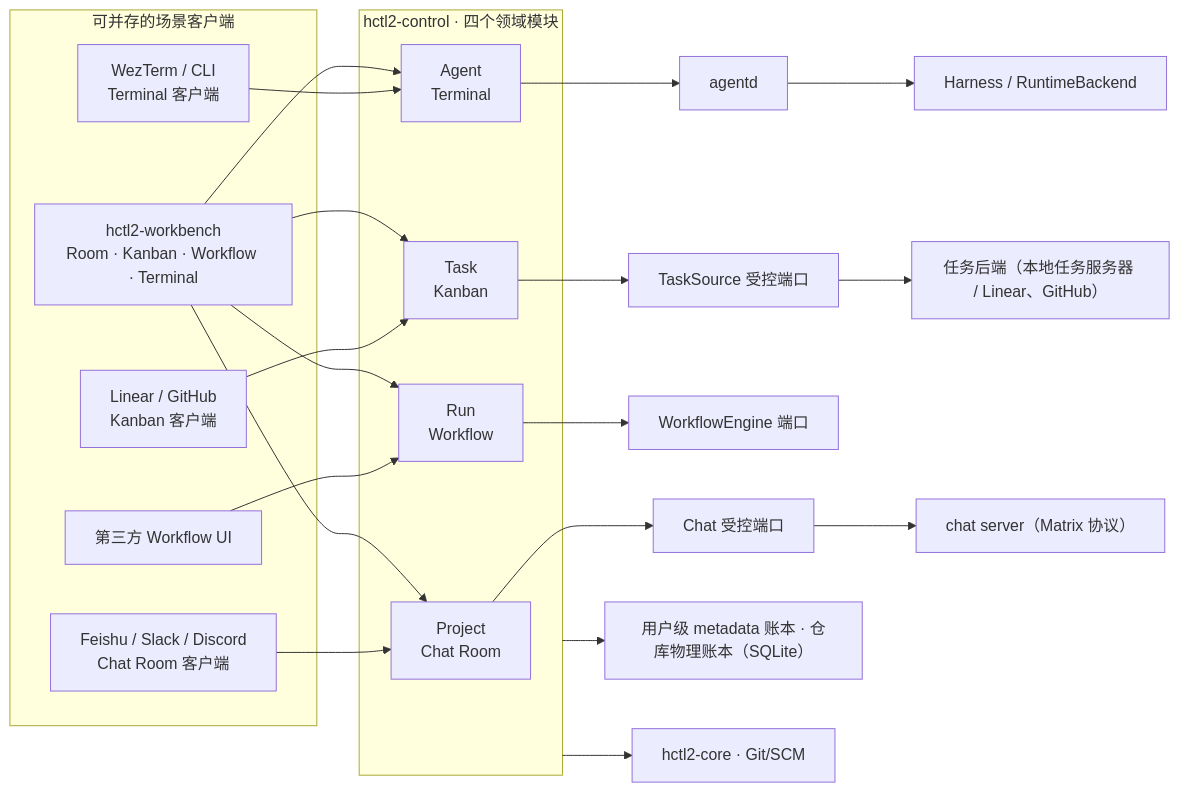
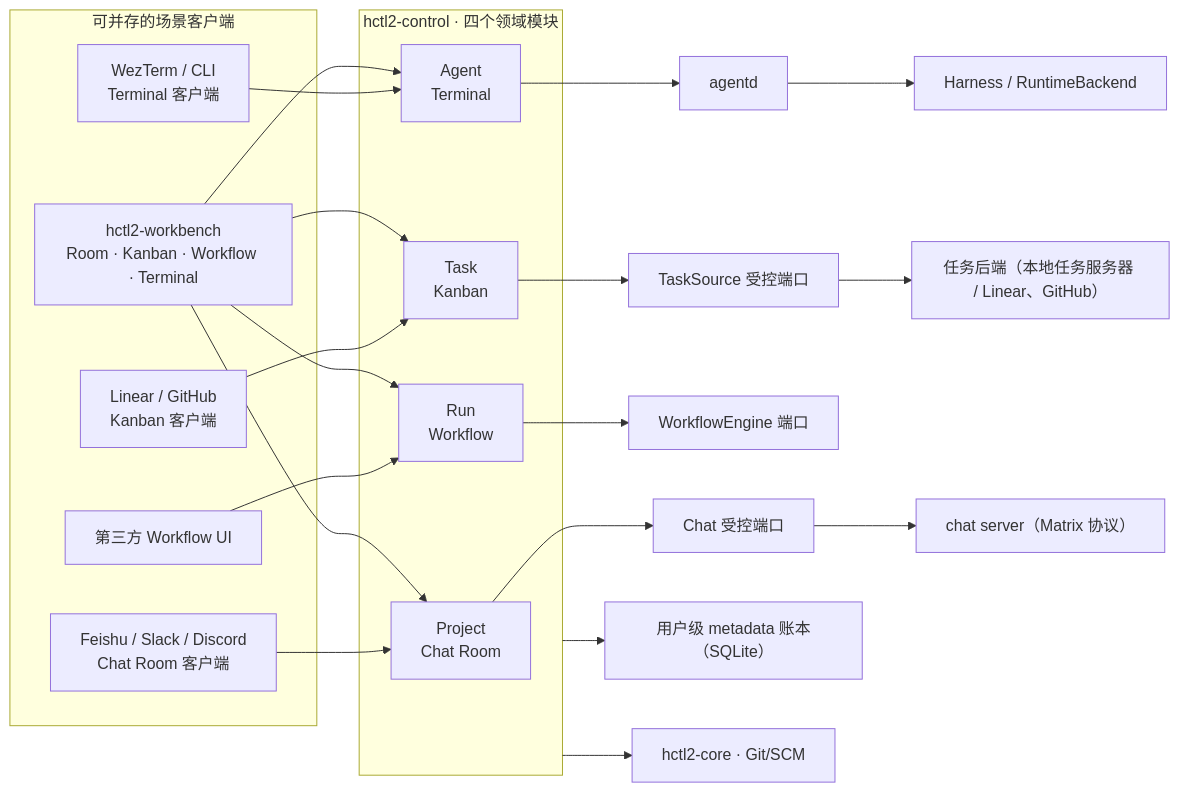
Before and after one commit to yesme/hctl2: the second of 2 diagrams in README.md, drawn with Mermaid. The commit also changed other lines of this file and 13 other files, not shown here.

````diff
--- a/README.md
+++ b/README.md
@@ -98,37 +98,37 @@
 ```mermaid
 flowchart LR
     subgraph Clients["可并存的场景客户端"]
         Bench["hctl2-workbench\nRoom · Kanban · Workflow · Terminal"]
         ChatClient["Feishu / Slack / Discord\nChat Room 客户端"]
         TaskClient["Linear / GitHub\nKanban 客户端"]
         WorkflowClient["第三方 Workflow UI"]
         TerminalClient["WezTerm / CLI\nTerminal 客户端"]
     end
 
     subgraph Control["hctl2-control · 四个领域模块"]
         P["Project\nChat Room"]
         T["Task\nKanban"]
         R["Run\nWorkflow"]
         H["Agent\nTerminal"]
     end
 
     Bench --> P
     Bench --> T
     Bench --> R
     Bench --> H
     ChatClient --> P
     TaskClient --> T
     WorkflowClient --> R
     TerminalClient --> H
 
     P --> ChatPort["Chat 受控端口"]
     ChatPort --> ChatSrv["chat server（Matrix 协议）"]
     T --> TaskSource["TaskSource 受控端口"]
     TaskSource --> TaskBackend["任务后端（本地任务服务器 / Linear、GitHub）"]
     R --> Engine["WorkflowEngine 端口"]
     H --> Agentd["agentd"]
     Agentd --> Runtime["Harness / RuntimeBackend"]
 
-    Control --> DB["用户级 metadata 账本 · 仓库物理账本（SQLite）"]
+    Control --> DB["用户级 metadata 账本（SQLite）"]
     Control --> Core["hctl2-core · Git/SCM"]
 ```
````
